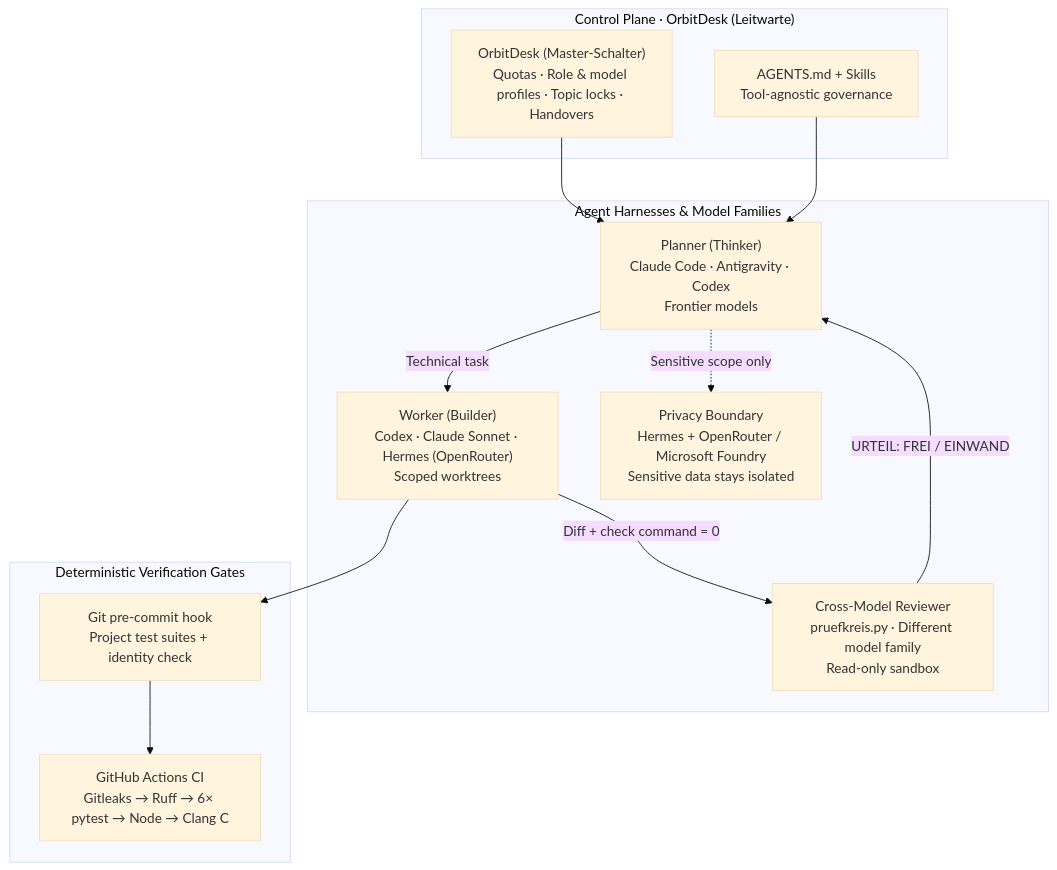
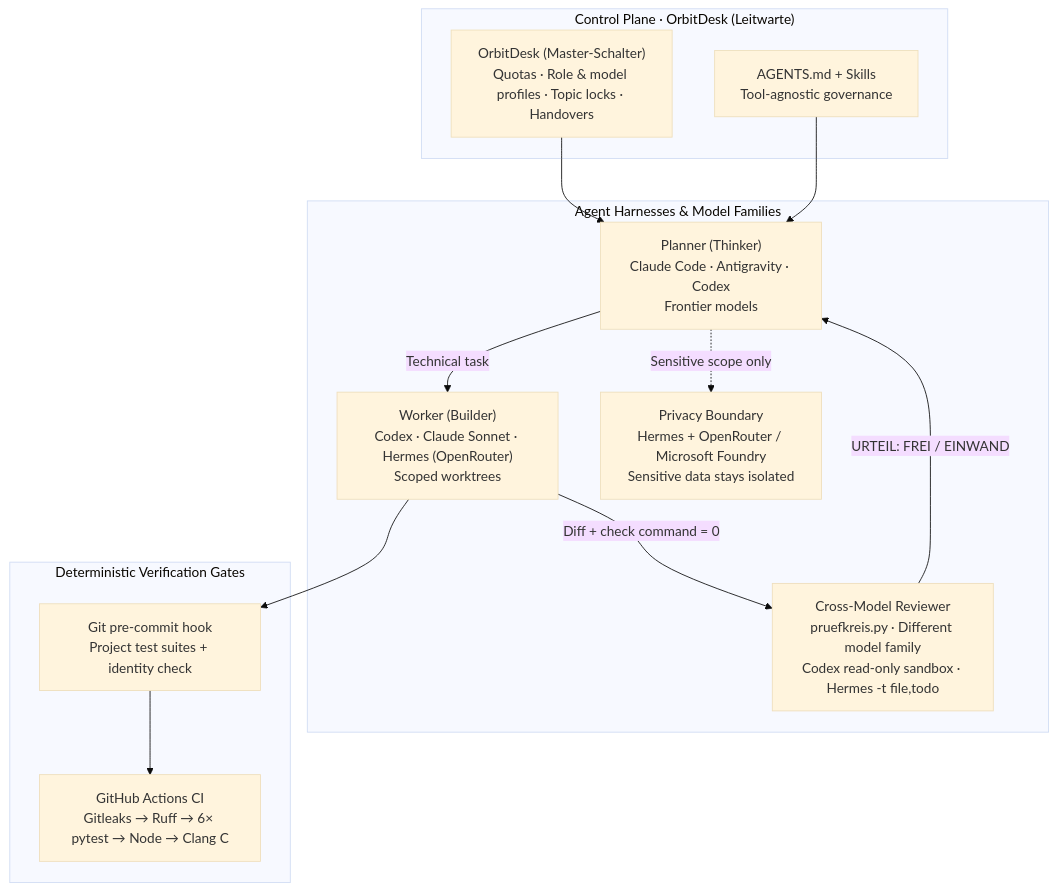
The first of 2 diagrams in README.md (HeartledAgentEngineer/agentic-ai-software-engineering), drawn with Mermaid (base theme) before and after one commit. The commit also changed 7 other files, not shown here.

````diff
--- a/README.md
+++ b/README.md
@@ -38,24 +38,24 @@
 ```mermaid
 flowchart TB
     subgraph Control["Control Plane · OrbitDesk (Leitwarte)"]
         OD["OrbitDesk (Master-Schalter)<br/>Quotas · Role & model profiles · Topic locks · Handovers"]
         RULES["AGENTS.md + Skills<br/>Tool-agnostic governance"]
     end
     subgraph Harnesses["Agent Harnesses & Model Families"]
         PLAN["Planner (Thinker)<br/>Claude Code · Antigravity · Codex<br/>Frontier models"]
         WORK["Worker (Builder)<br/>Codex · Claude Sonnet · Hermes (OpenRouter)<br/>Scoped worktrees"]
-        REV["Cross-Model Reviewer<br/>pruefkreis.py · Different model family<br/>Read-only sandbox"]
+        REV["Cross-Model Reviewer<br/>pruefkreis.py · Different model family<br/>Codex read-only sandbox · Hermes -t file,todo"]
         PRIV["Privacy Boundary<br/>Hermes + OpenRouter / Microsoft Foundry<br/>Sensitive data stays isolated"]
     end
     subgraph Gates["Deterministic Verification Gates"]
         HOOK["Git pre-commit hook<br/>Project test suites + identity check"]
         CI["GitHub Actions CI<br/>Gitleaks → Ruff → 6× pytest → Node → Clang C"]
     end
     OD --> PLAN
     RULES --> PLAN
     PLAN -->|Technical task| WORK
     WORK -->|Diff + check command = 0| REV
     REV -->|URTEIL: FREI / EINWAND| PLAN
     PLAN -.->|Sensitive scope only| PRIV
     WORK --> HOOK --> CI
 ```
````
